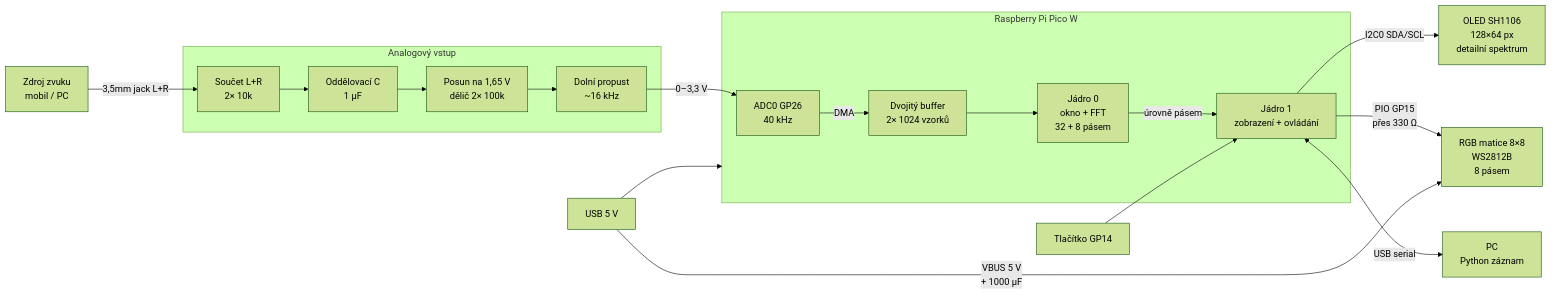
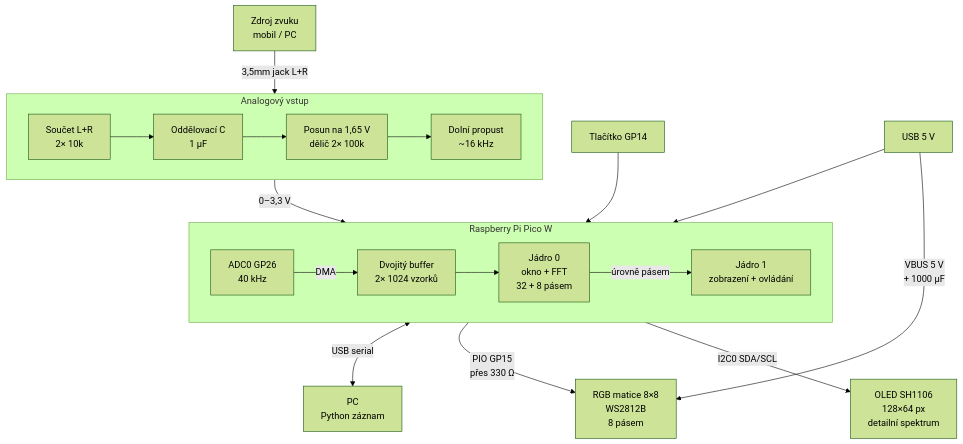
Before and after one commit to Rauf16/de2-audio-spectrum: the diagram in README.md, drawn with Mermaid (forest theme).

````diff
--- a/README.md
+++ b/README.md
@@ -76,19 +76,29 @@
 ```mermaid
-flowchart LR
-  SRC[Zdroj zvuku<br/>mobil / PC] -->|3,5mm jack L+R| MIX
+flowchart TB
+  SRC[Zdroj zvuku<br/>mobil / PC]
+
   subgraph AFE[Analogový vstup]
+    direction LR
     MIX[Součet L+R<br/>2× 10k] --> CAP[Oddělovací C<br/>1 µF] --> BIAS[Posun na 1,65 V<br/>dělič 2× 100k] --> LPF[Dolní propust<br/>~16 kHz]
   end
-  LPF -->|0–3,3 V| ADC
+
   subgraph PICO[Raspberry Pi Pico W]
-    ADC[ADC0 GP26<br/>40 kHz] -->|DMA| BUF[Dvojitý buffer<br/>2× 1024 vzorků]
-    BUF --> C0[Jádro 0<br/>okno + FFT<br/>32 + 8 pásem]
-    C0 -->|úrovně pásem| C1[Jádro 1<br/>zobrazení + ovládání]
+    direction LR
+    ADC[ADC0 GP26<br/>40 kHz] -->|DMA| BUF[Dvojitý buffer<br/>2× 1024 vzorků] --> C0[Jádro 0<br/>okno + FFT<br/>32 + 8 pásem] -->|úrovně pásem| C1[Jádro 1<br/>zobrazení + ovládání]
   end
-  C1 -->|I2C0 SDA/SCL| OLED[OLED SH1106<br/>128×64 px<br/>detailní spektrum]
-  C1 -->|PIO GP15<br/>přes 330 Ω| RGB[RGB matice 8×8<br/>WS2812B<br/>8 pásem]
-  BTN[Tlačítko GP14] --> C1
-  C1 <-->|USB serial| PC[PC<br/>Python záznam]
-  PWR[USB 5 V] --> PICO
+
+  BTN[Tlačítko GP14]
+  PWR[USB 5 V]
+  OLED[OLED SH1106<br/>128×64 px<br/>detailní spektrum]
+  RGB[RGB matice 8×8<br/>WS2812B<br/>8 pásem]
+  PC[PC<br/>Python záznam]
+
+  SRC -->|3,5mm jack L+R| AFE
+  AFE -->|0–3,3 V| PICO
+  BTN --> PICO
+  PWR --> PICO
+  PICO -->|I2C0 SDA/SCL| OLED
+  PICO -->|PIO GP15<br/>přes 330 Ω| RGB
+  PICO <-->|USB serial| PC
   PWR -->|VBUS 5 V<br/>+ 1000 µF| RGB
 ```
````
